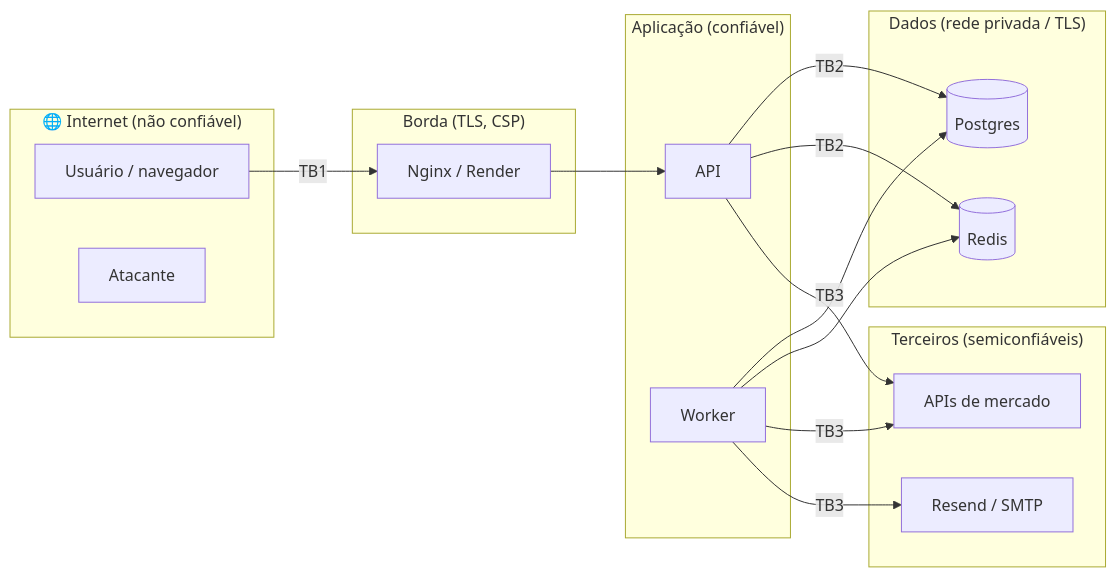
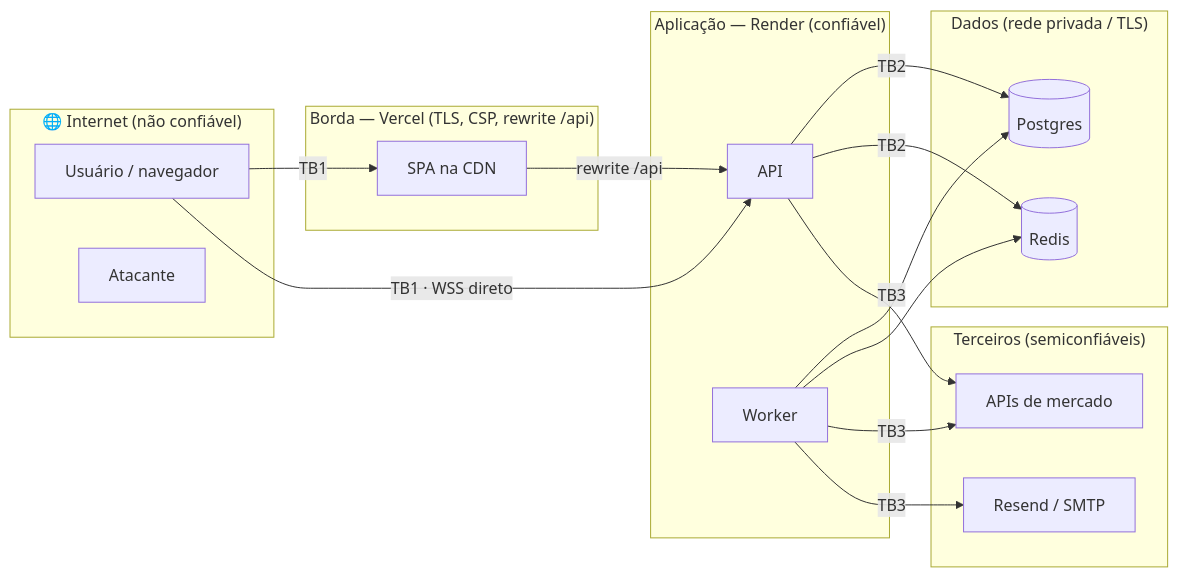
The diagram in docs/threat-model/THREAT-MODEL.md (agnaldoteixeira338-code/turbo-mais), drawn with Mermaid before and after one commit. The commit also changed other lines of this file and 16 other files, not shown here.

First line of the commit message:
feat(deploy): frontend na Vercel e backend na Render

````diff
--- a/docs/threat-model/THREAT-MODEL.md
+++ b/docs/threat-model/THREAT-MODEL.md
@@ -8,27 +8,28 @@
 ```mermaid
 flowchart LR
   subgraph Internet["🌐 Internet (não confiável)"]
     U[Usuário / navegador]
     ATK[Atacante]
   end
-  subgraph Borda["Borda (TLS, CSP)"]
-    N[Nginx / Render]
+  subgraph Borda["Borda — Vercel (TLS, CSP, rewrite /api)"]
+    N[SPA na CDN]
   end
-  subgraph App["Aplicação (confiável)"]
+  subgraph App["Aplicação — Render (confiável)"]
     API[API]
     W[Worker]
   end
   subgraph Dados["Dados (rede privada / TLS)"]
     PG[(Postgres)]
     R[(Redis)]
   end
   subgraph Terceiros["Terceiros (semiconfiáveis)"]
     MKT[APIs de mercado]
     MAIL[Resend / SMTP]
   end
-  U -->|TB1| N --> API
+  U -->|TB1| N -->|rewrite /api| API
+  U -->|TB1 · WSS direto| API
   API -->|TB2| PG & R
   W --> PG & R
   API & W -->|TB3| MKT
   W -->|TB3| MAIL
 ```
````
